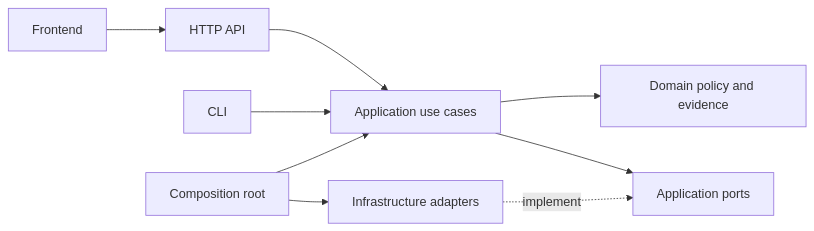
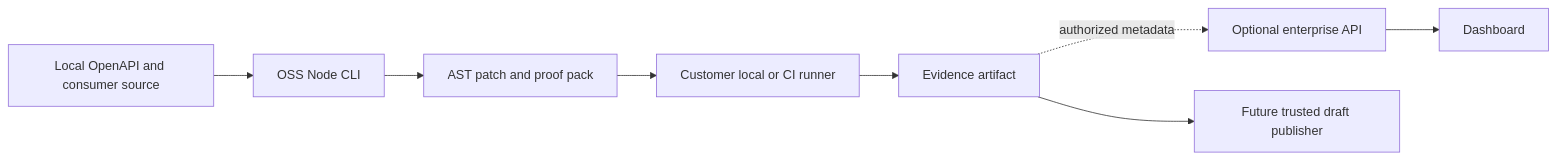
The diagram in docs/architecture.md (shivam060404/MigrateLens), drawn with Mermaid before and after one commit. The commit also changed other lines of this file and 159 other files, not shown here.

Commit message:
Build registered API migration proof loop and align docs with GitOps architecture

````diff
--- a/docs/architecture.md
+++ b/docs/architecture.md
@@ -45,11 +50,10 @@
 ```mermaid
 flowchart LR
-    F[Frontend] --> H[HTTP API]
-    H --> A[Application use cases]
-    C[CLI] --> A
-    A --> D[Domain policy and evidence]
-    A --> P[Application ports]
-    I[Infrastructure adapters] -. implement .-> P
-    B[Composition root] --> A
-    B --> I
+    S[Local OpenAPI and consumer source] --> O[OSS Node CLI]
+    O --> P[AST patch and proof pack]
+    P --> C[Customer local or CI runner]
+    C --> E[Evidence artifact]
+    E -. authorized metadata .-> H[Optional enterprise API]
+    H --> F[Dashboard]
+    E --> G[Future trusted draft publisher]
 ```
````
